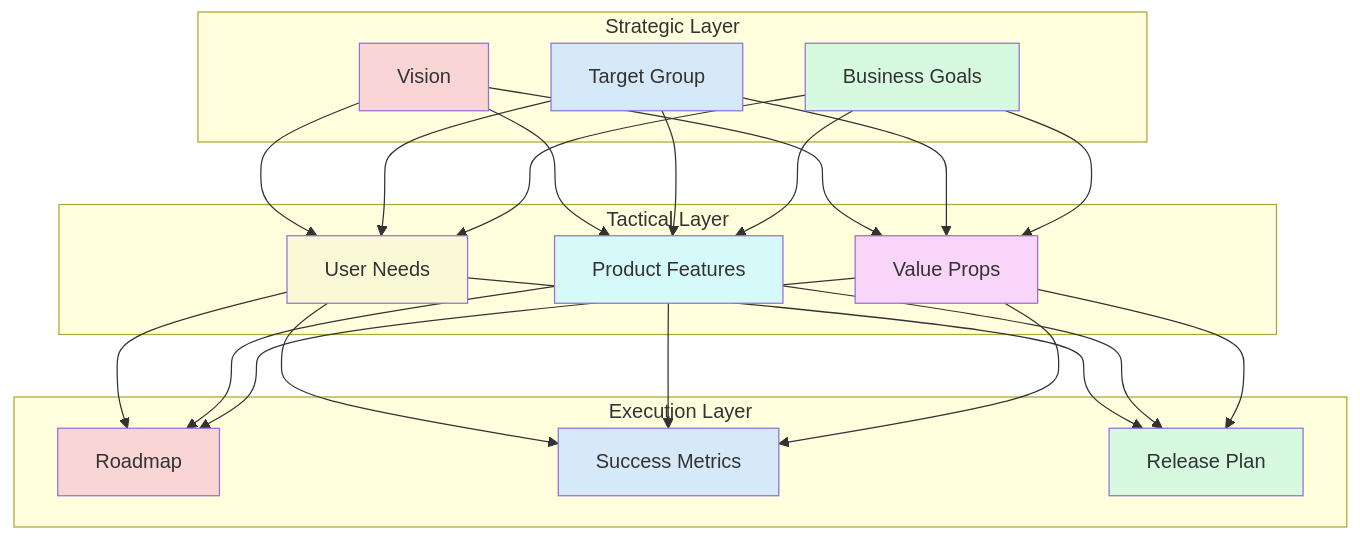
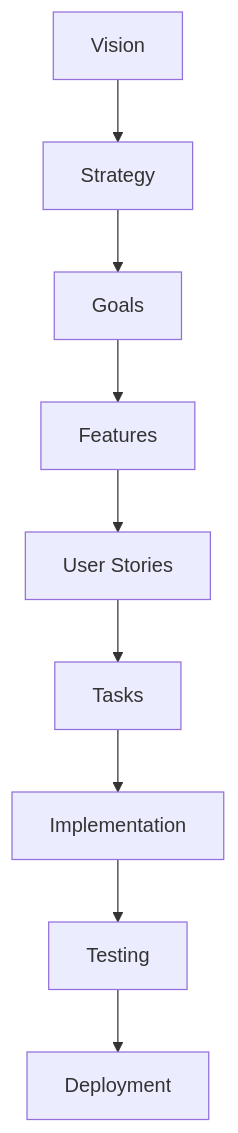
Before and after one commit to carlsendk/tech-leadership: the diagram in src/content/wiki/operating-model/alignment/mission-product-canvas.md, drawn with Mermaid. The commit also changed 16 other files, not shown here.

````diff
--- a/src/content/wiki/operating-model/alignment/mission-product-canvas.md
+++ b/src/content/wiki/operating-model/alignment/mission-product-canvas.md
@@ -16,38 +16,11 @@
 ```mermaid
 graph TD
-    subgraph "Strategic Layer"
-        A[Vision]
-        B[Target Group]
-        C[Business Goals]
-    end
-    
-    subgraph "Tactical Layer"
-        D[User Needs]
-        E[Product Features]
-        F[Value Props]
-    end
-    
-    subgraph "Execution Layer"
-        G[Roadmap]
-        H[Success Metrics]
-        I[Release Plan]
-    end
-    
-    A --> D & E & F
-    B --> D & E & F
-    C --> D & E & F
-    
-    D --> G & H & I
-    E --> G & H & I
-    F --> G & H & I
-    
-    style A fill:#f9d6d5
-    style B fill:#d6e9f9
-    style C fill:#d6f9e0
-    style D fill:#f9f9d6
-    style E fill:#d6f9f9
-    style F fill:#f9d6f9
-    style G fill:#f9d6d5
-    style H fill:#d6e9f9
-    style I fill:#d6f9e0
+    A[Vision] --> B[Strategy]
+    B --> C[Goals]
+    C --> D[Features]
+    D --> E[User Stories]
+    E --> F[Tasks]
+    F --> G[Implementation]
+    G --> H[Testing]
+    H --> I[Deployment]
 ```
````
